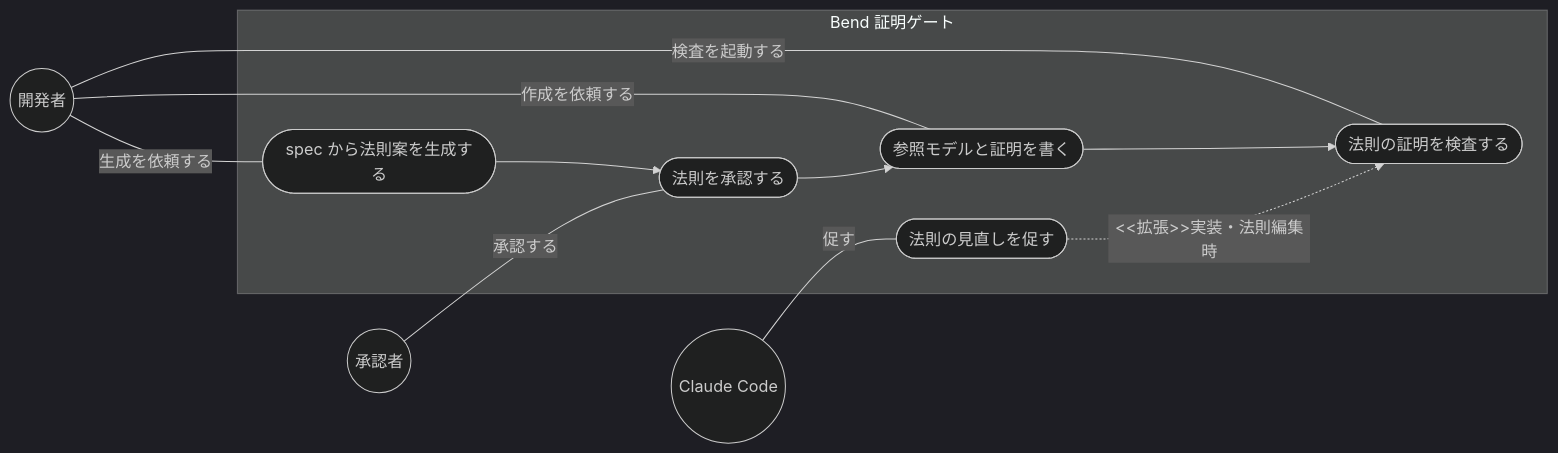
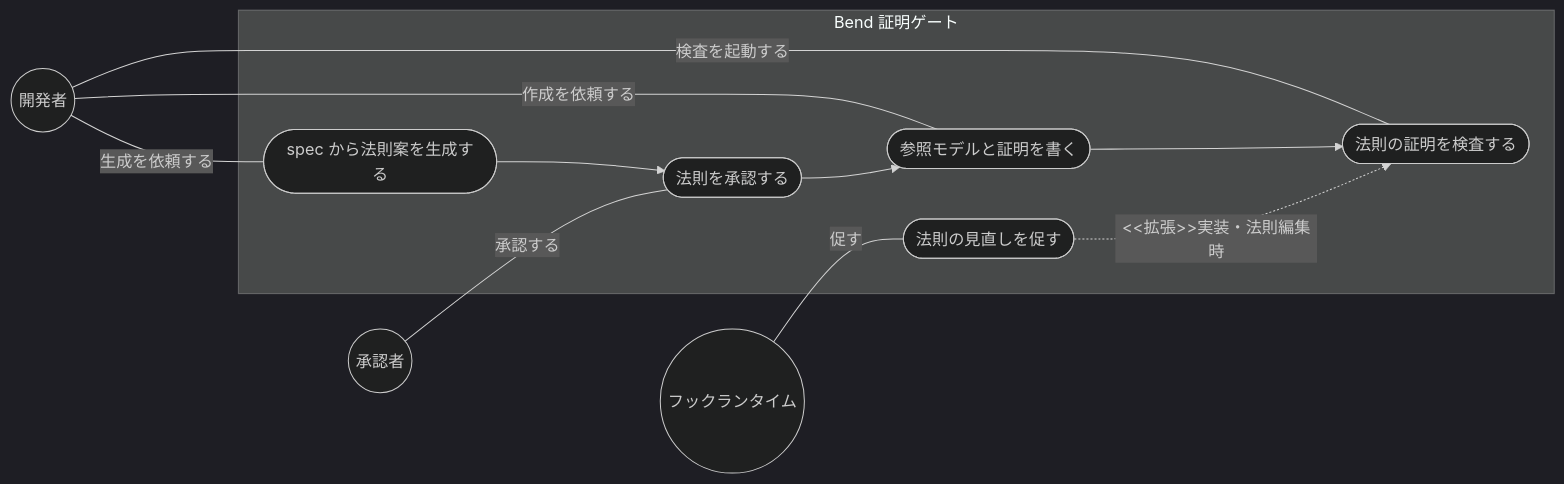
One commit to ToshikiImagawa/ai-sdd-workflow-dev changed the first of 2 diagrams in .sdd/requirement/task-implementation/proof-gate.md. Above: the diagram before and after it, drawn with Mermaid. The commit also changed other lines of this file and 1 other file, not shown here.

````diff
--- a/.sdd/requirement/task-implementation/proof-gate.md
+++ b/.sdd/requirement/task-implementation/proof-gate.md
@@ -42,25 +42,25 @@
 ```mermaid
 %%{init: {'theme': 'dark'}}%%
 flowchart LR
     Developer((開発者))
     Approver((承認者))
-    ClaudeCode((Claude Code))
+    HookRuntime((フックランタイム))
 
     subgraph ProofGate["Bend 証明ゲート"]
         DraftLaws([spec から法則案を生成する])
         ApproveLaws([法則を承認する])
         WriteModel([参照モデルと証明を書く])
         RunProof([法則の証明を検査する])
         RemindReview([法則の見直しを促す])
     end
 
     Developer ---|"生成を依頼する"| DraftLaws
     Approver ---|"承認する"| ApproveLaws
     Developer ---|"作成を依頼する"| WriteModel
     Developer ---|"検査を起動する"| RunProof
-    ClaudeCode ---|"促す"| RemindReview
+    HookRuntime ---|"促す"| RemindReview
     DraftLaws --> ApproveLaws
     ApproveLaws --> WriteModel
     WriteModel --> RunProof
     RemindReview -.->|"<<拡張>>実装・法則編集時"| RunProof
 ```
````
